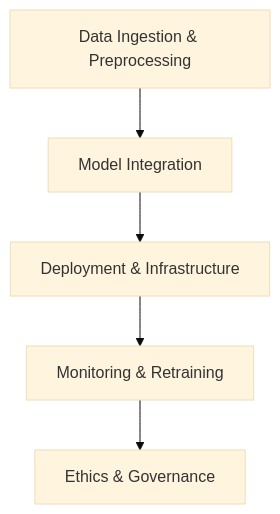
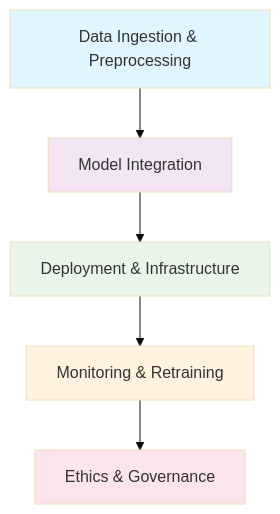
The first of 3 diagrams in ai_engineer_deepdive.md (khaosans/articles), drawn with Mermaid (base theme) before and after one commit. The commit also changed other lines of this file and 1 other file, not shown here.

First line of the commit message:
Replace fictional charts with useful visualizations

````diff
--- a/ai_engineer_deepdive.md
+++ b/ai_engineer_deepdive.md
@@ -31,7 +31,13 @@
 ```mermaid
 flowchart TD
     A[Data Ingestion & Preprocessing] --> B[Model Integration]
     B --> C[Deployment & Infrastructure]
     C --> D[Monitoring & Retraining]
     D --> E[Ethics & Governance]
+    
+    style A fill:#e1f5fe
+    style B fill:#f3e5f5
+    style C fill:#e8f5e8
+    style D fill:#fff3e0
+    style E fill:#fce4ec
 ```
````
